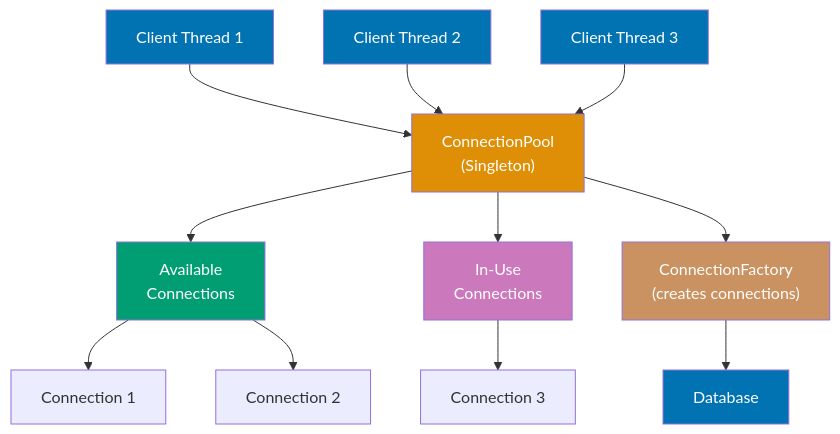
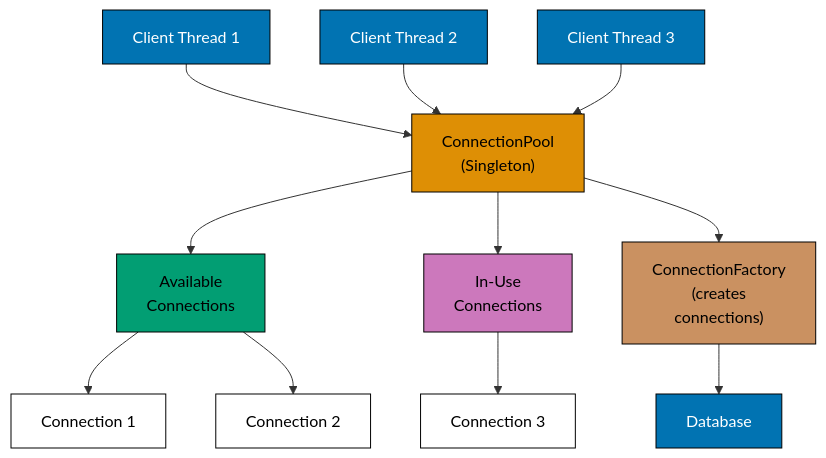
Before and after one commit to wahidyankf/ose-public: the seventh of 13 diagrams in apps/ayokoding-www/content/en/learn/legacy/software-engineering/programming-languages/java/by-example/advanced.md, drawn with Mermaid. The commit also changed other lines of this file and 112 other files, not shown here.

First line of the commit message:
fix(mermaid): bring the legacy programming-languages diagrams onto the accessible palette

````diff
--- a/apps/ayokoding-www/content/en/learn/legacy/software-engineering/programming-languages/java/by-example/advanced.md
+++ b/apps/ayokoding-www/content/en/learn/legacy/software-engineering/programming-languages/java/by-example/advanced.md
@@ -2136,26 +2174,34 @@
 ```mermaid
 %% Color Palette: Blue #0173B2, Orange #DE8F05, Teal #029E73, Purple #CC78BC, Brown #CA9161
 graph TD
+    accTitle: Example 79: Connection Pool Factory Pattern
+    accDescr: Graph with 11 nodes and 10 connections. Nodes: Client Thread 1, ConnectionPool (Singleton), Client Thread 2, Client Thread 3, Available Connections, In-Use Connections, Connection 1, Connection 2, Connection 3, ConnectionFactory (creates connections), Database. Connections: Client Thread 1 to ConnectionPool (Singleton), Client Thread 2 to ConnectionPool (Singleton), Client Thread 3 to ConnectionPool (Singleton), ConnectionPool (Singleton) to Available Connections, ConnectionPool (Singleton) to In-Use Connections, Available Connections to Connection 1, Available Connections to Connection 2, In-Use Connections to Connection 3, ConnectionPool (Singleton) to ConnectionFactory (creates connections), ConnectionFactory (creates connections) to Database.
     Client1["Client Thread 1"] --> Pool["ConnectionPool<br/>(Singleton)"]
     Client2["Client Thread 2"] --> Pool
     Client3["Client Thread 3"] --> Pool
 
     Pool --> Available["Available<br/>Connections"]
     Pool --> InUse["In-Use<br/>Connections"]
 
     Available --> Conn1["Connection 1"]
     Available --> Conn2["Connection 2"]
     InUse --> Conn3["Connection 3"]
 
-    Pool --> Factory["ConnectionFactory<br/>(creates connections)"]
+    Pool --> Factory["ConnectionFactory<br/>(creates<br/>connections)"]
     Factory --> DB["Database"]
 
-    style Client1 fill:#0173B2,color:#fff
-    style Client2 fill:#0173B2,color:#fff
-    style Client3 fill:#0173B2,color:#fff
-    style Pool fill:#DE8F05,color:#fff
-    style Available fill:#029E73,color:#fff
-    style InUse fill:#CC78BC,color:#fff
-    style Factory fill:#CA9161,color:#fff
-    style DB fill:#0173B2,color:#fff
+    classDef pal-0173B2 fill:#0173B2,stroke:#000000,color:#FFFFFF
+    class Client1 pal-0173B2
+    class Client2 pal-0173B2
+    class Client3 pal-0173B2
+    classDef pal-DE8F05 fill:#DE8F05,stroke:#000000,color:#000000
+    class Pool pal-DE8F05
+    classDef pal-029E73 fill:#029E73,stroke:#000000,color:#000000
+    class Available pal-029E73
+    classDef pal-CC78BC fill:#CC78BC,stroke:#000000,color:#000000
+    class InUse pal-CC78BC
+    classDef pal-CA9161 fill:#CA9161,stroke:#000000,color:#000000
+    class Factory pal-CA9161
+    class DB pal-0173B2
+    classDef default fill:#FFFFFF,stroke:#000000,color:#000000
 ```
````
